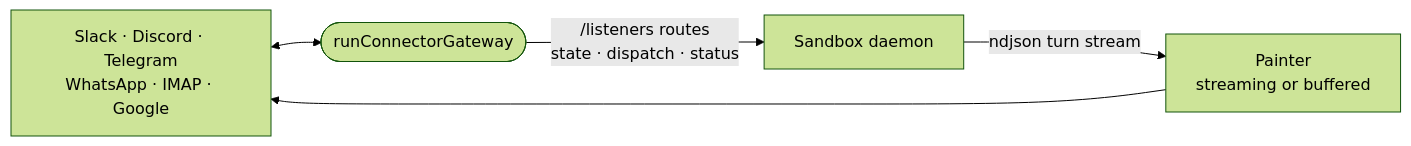
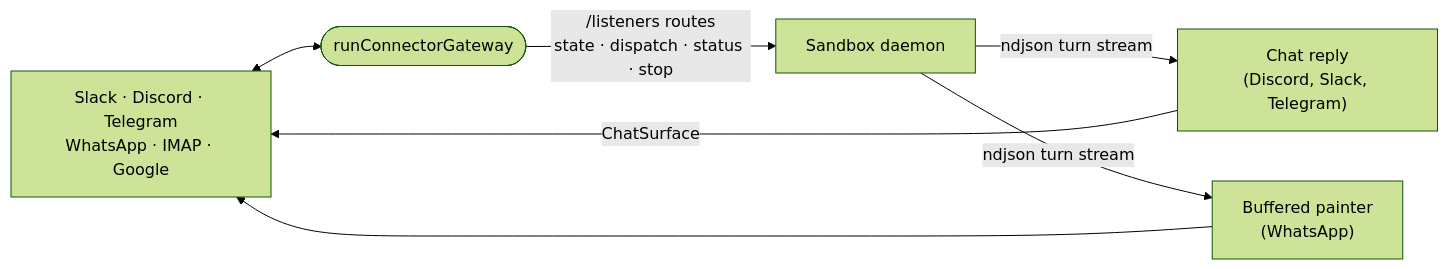
One commit to intentic/intentic changed the diagram in _shared/connector-runtime/README.md. Above: the diagram before and after it, drawn with Mermaid (forest theme). The commit also changed other lines of this file and 70 other files, not shown here.

First line of the commit message:
feat(sandbox): add automationThreadsAtOnce and share createChatReply across connectors

````diff
--- a/_shared/connector-runtime/README.md
+++ b/_shared/connector-runtime/README.md
@@ -5,7 +5,9 @@
 ```mermaid
 flowchart LR
     provider["Slack · Discord · Telegram<br/>WhatsApp · IMAP · Google"] <--> gateway(["runConnectorGateway"])
-    gateway -- "/listeners routes<br/>state · dispatch · status" --> daemon["Sandbox daemon"]
-    daemon -- "ndjson turn stream" --> painter["Painter<br/>streaming or buffered"]
+    gateway -- "/listeners routes<br/>state · dispatch · status · stop" --> daemon["Sandbox daemon"]
+    daemon -- "ndjson turn stream" --> reply["Chat reply<br/>(Discord, Slack, Telegram)"]
+    daemon -- "ndjson turn stream" --> painter["Buffered painter<br/>(WhatsApp)"]
+    reply -- "ChatSurface" --> provider
     painter --> provider
 ```
````
